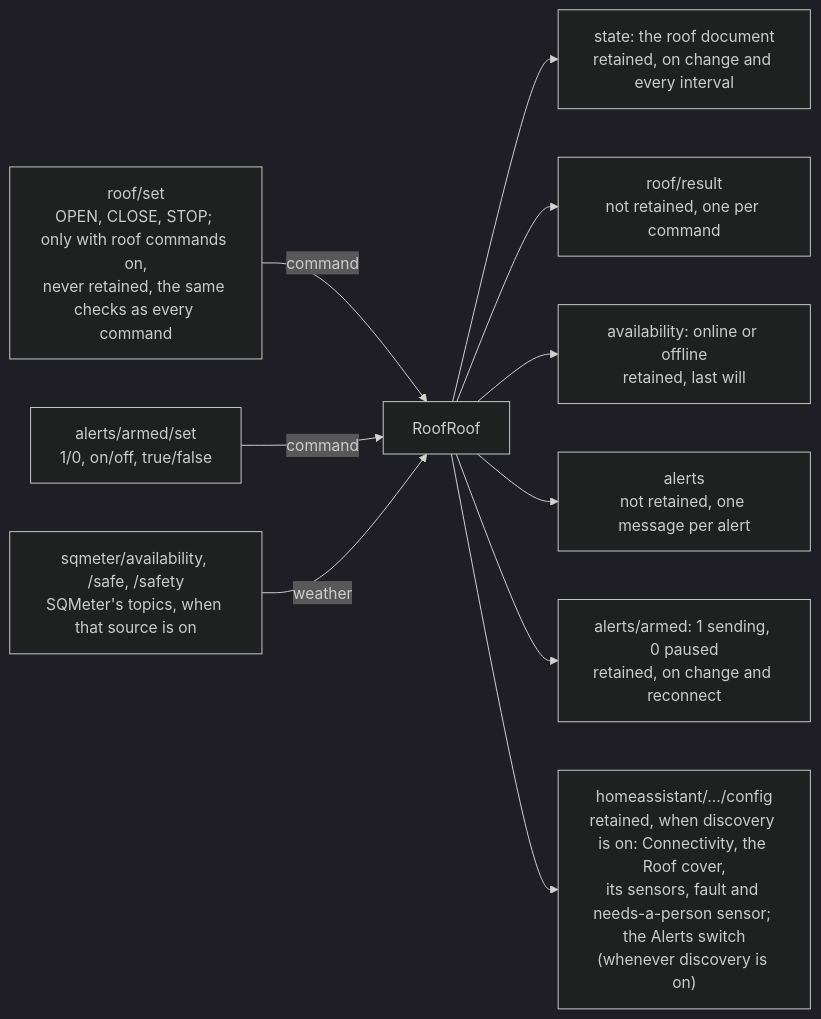
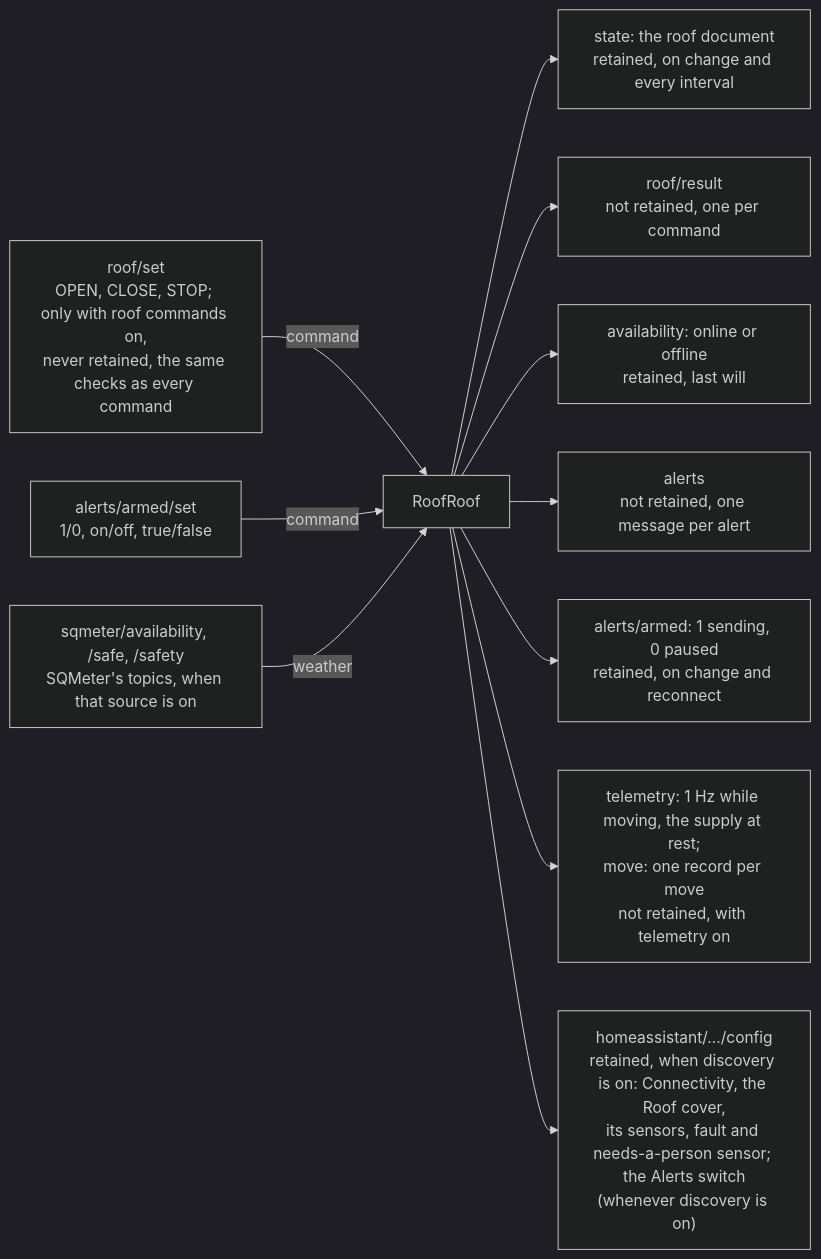
The diagram in docs/user-guide/mqtt.md (DeanJ87/RoofRoof), drawn with Mermaid (dark theme) before and after one commit. The commit also changed other lines of this file and 39 other files, not shown here.

Commit message:
Spec 046: MQTT telemetry for long-term logging (<base>/telemetry, <base>/move)

````diff
--- a/docs/user-guide/mqtt.md
+++ b/docs/user-guide/mqtt.md
@@ -150,14 +263,15 @@
 ```mermaid
 flowchart LR
     accTitle: MQTT topic map
-    accDescr: RoofRoof listens on roof/set (only with roof commands on, never retained, through the same checks as every command), alerts/armed/set and, when SQMeter over MQTT is a weather source, SQMeter's availability, safe and safety topics; it publishes state, roof/result, availability, alerts and alerts/armed under its base topic, plus Home Assistant discovery under the discovery prefix.
+    accDescr: RoofRoof listens on roof/set (only with roof commands on, never retained, through the same checks as every command), alerts/armed/set and, when SQMeter over MQTT is a weather source, SQMeter's availability, safe and safety topics; it publishes state, roof/result, availability, alerts, alerts/armed, and with telemetry on telemetry and move, under its base topic, plus Home Assistant discovery under the discovery prefix.
     ROOFSET["roof/set<br/>OPEN, CLOSE, STOP; only with roof commands on,<br/>never retained, the same checks as every command"] -->|command| D["RoofRoof"]
     SET["alerts/armed/set<br/>1/0, on/off, true/false"] -->|command| D
     SQM["sqmeter/availability, /safe, /safety<br/>SQMeter's topics, when that source is on"] -->|weather| D
     D --> STATE["state: the roof document<br/>retained, on change and every interval"]
     D --> RESULT["roof/result<br/>not retained, one per command"]
     D --> AVAIL["availability: online or offline<br/>retained, last will"]
     D --> ALERTS["alerts<br/>not retained, one message per alert"]
     D --> ARMED["alerts/armed: 1 sending, 0 paused<br/>retained, on change and reconnect"]
+    D --> TELE["telemetry: 1 Hz while moving, the supply at rest;<br/>move: one record per move<br/>not retained, with telemetry on"]
     D --> DISC["homeassistant/.../config<br/>retained, when discovery is on: Connectivity, the Roof cover,<br/>its sensors, fault and needs-a-person sensor; the Alerts switch<br/>(whenever discovery is on)"]
 ```
````
